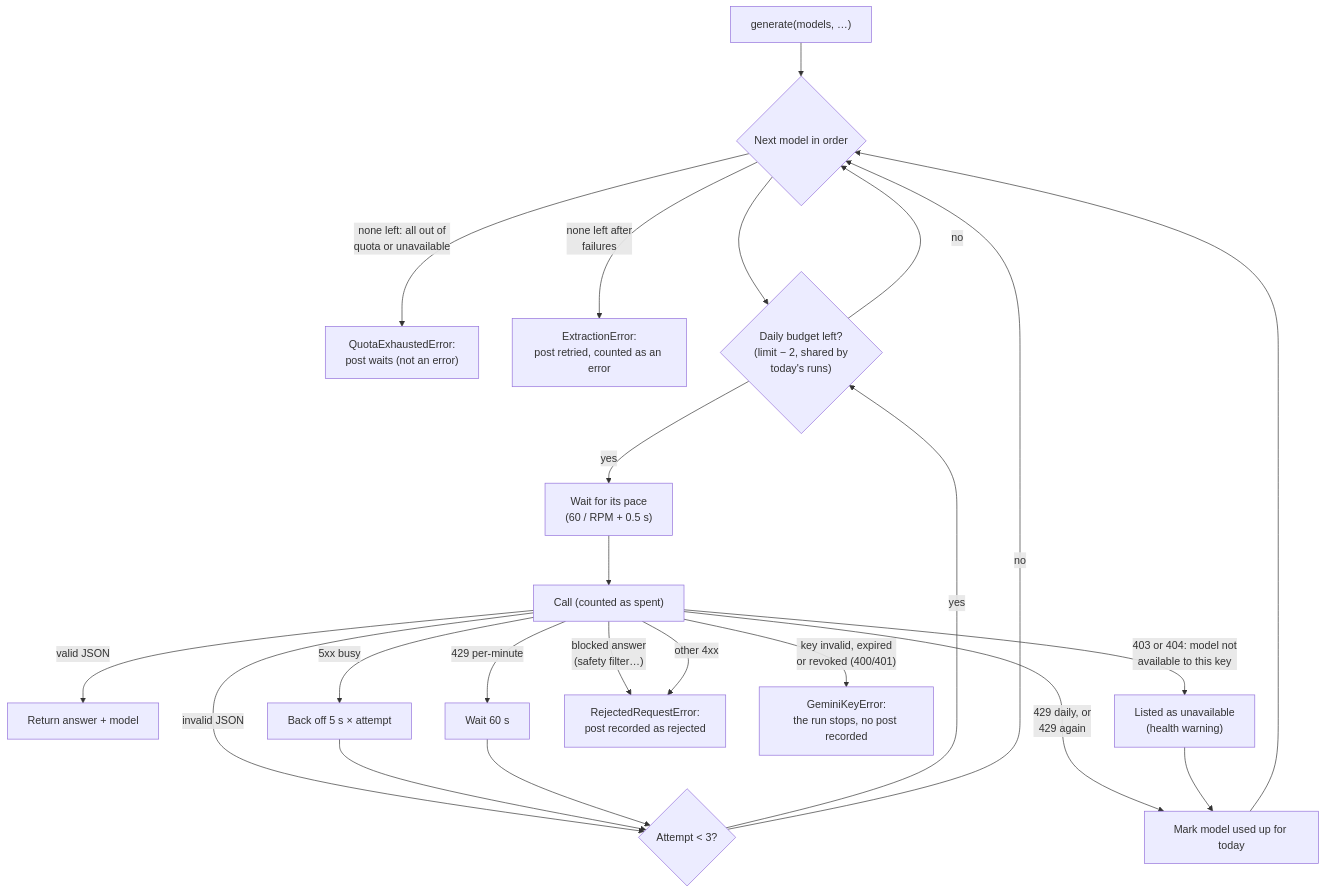
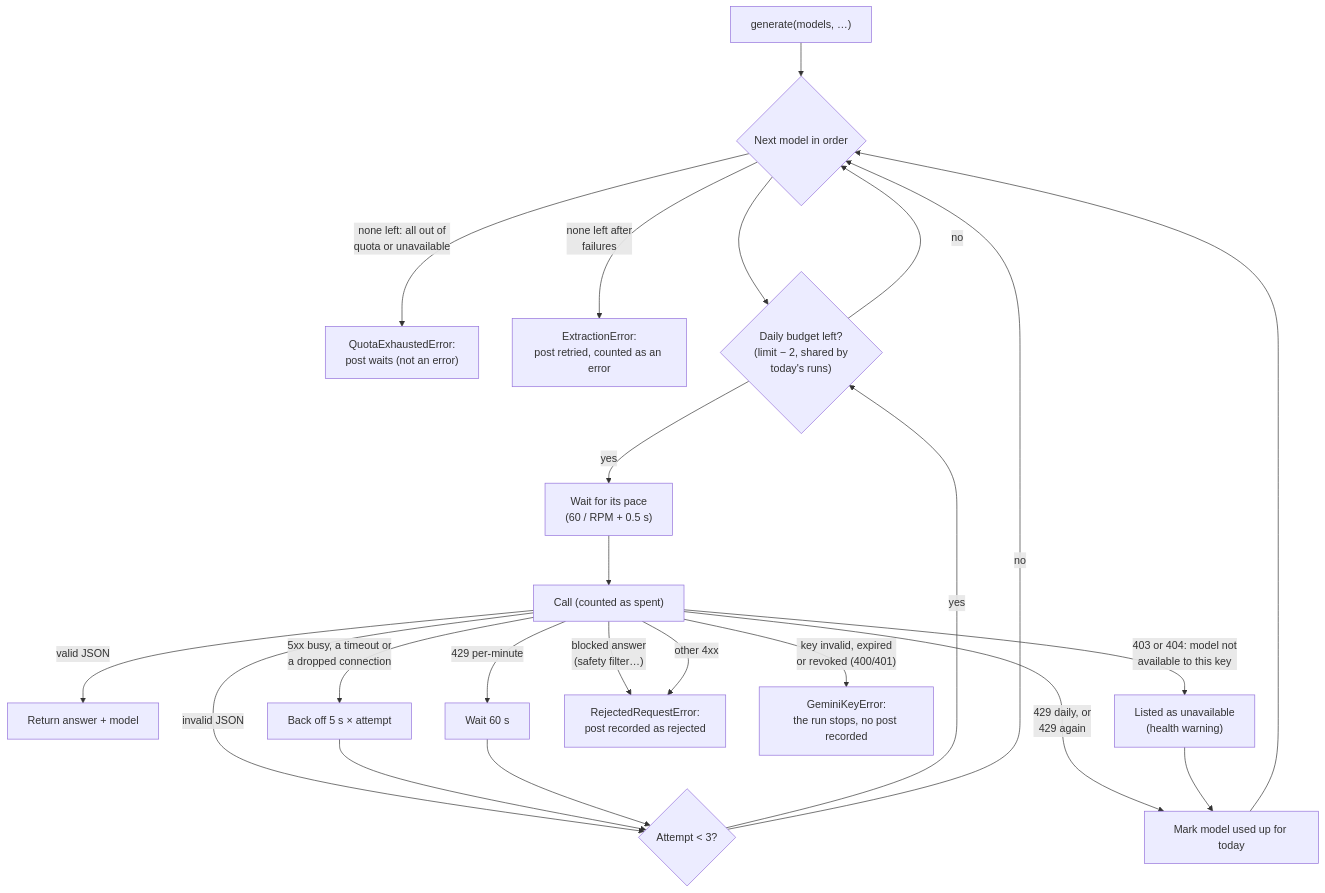
The fifth of 12 diagrams in docs/ARCHITECTURE.md (pa-bailar/backend), drawn with Mermaid before and after one commit. The commit also changed other lines of this file and 1 other file, not shown here.

````diff
--- a/docs/ARCHITECTURE.md
+++ b/docs/ARCHITECTURE.md
@@ -507,20 +521,20 @@
 ```mermaid
 flowchart TD
     S["generate(models, …)"] --> M{"Next model in order"}
     M -->|"none left: all out of<br/>quota or unavailable"| Q["QuotaExhaustedError:<br/>post waits (not an error)"]
     M -->|"none left after<br/>failures"| E["ExtractionError:<br/>post retried, counted as an error"]
     M --> B{"Daily budget left?<br/>(limit − 2, shared by<br/>today's runs)"}
     B -->|no| M
     B -->|yes| PACE["Wait for its pace<br/>(60 / RPM + 0.5 s)"] --> CALL["Call (counted as spent)"]
     CALL -->|"valid JSON"| OK["Return answer + model"]
     CALL -->|"invalid JSON"| RETRY{"Attempt < 3?"}
-    CALL -->|"5xx busy"| BACK["Back off 5 s × attempt"] --> RETRY
+    CALL -->|"5xx busy, a timeout or<br/>a dropped connection"| BACK["Back off 5 s × attempt"] --> RETRY
     CALL -->|"429 per-minute"| WAIT["Wait 60 s"] --> RETRY
     CALL -->|"429 daily, or<br/>429 again"| EXH["Mark model used up for today"] --> M
     CALL -->|"403 or 404: model not<br/>available to this key"| UNAV["Listed as unavailable<br/>(health warning)"] --> EXH
     CALL -->|"blocked answer<br/>(safety filter…)"| REJ["RejectedRequestError:<br/>post recorded as rejected"]
     CALL -->|"key invalid, expired<br/>or revoked (400/401)"| KEY["GeminiKeyError:<br/>the run stops, no post recorded"]
     CALL -->|"other 4xx"| REJ
     RETRY -->|yes| B
     RETRY -->|no| M
 ```
````
